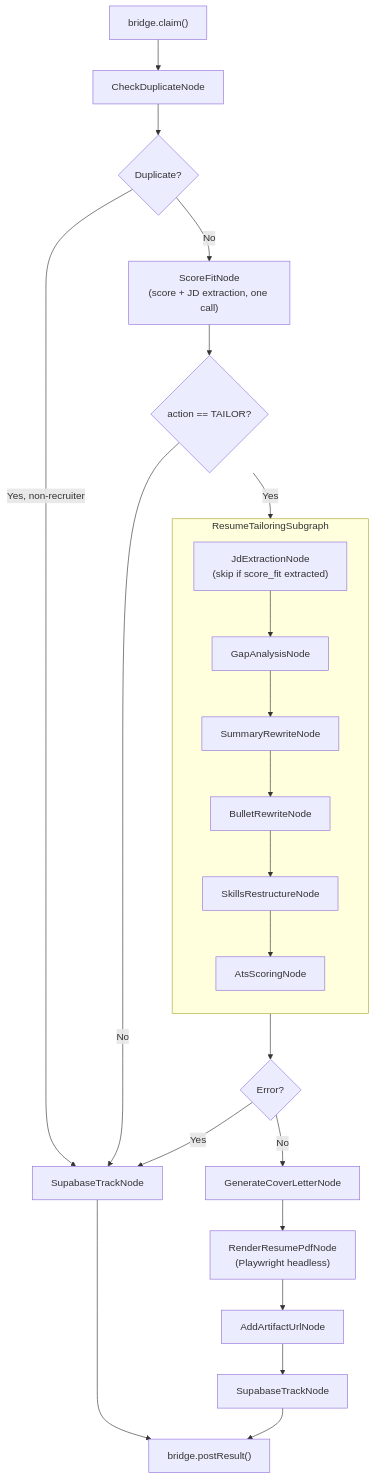
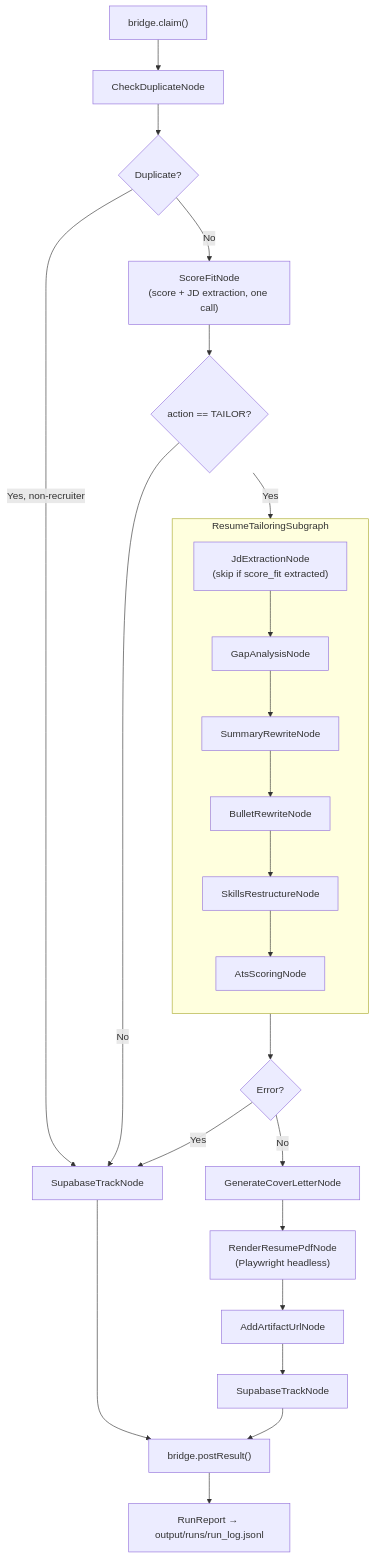
Before and after one commit to dkkyai/job-fit-apply-ai: the second of 2 diagrams in services/job-fit-apply-ai-pipeline/README.md, drawn with Mermaid. The commit also changed other lines of this file and 50 other files, not shown here.

````diff
--- a/services/job-fit-apply-ai-pipeline/README.md
+++ b/services/job-fit-apply-ai-pipeline/README.md
@@ -65,29 +70,30 @@
 ```mermaid
 flowchart TD
     Claim["bridge.claim()"] --> Dup["CheckDuplicateNode"]
     Dup --> DupQ{"Duplicate?"}
     DupQ -->|Yes, non-recruiter| Track1["SupabaseTrackNode"]
     DupQ -->|No| Score["ScoreFitNode\n(score + JD extraction, one call)"]
 
     Score --> ActionQ{"action == TAILOR?"}
     ActionQ -->|No| Track1
     ActionQ -->|Yes| Tailor
 
     subgraph Tailor ["ResumeTailoringSubgraph"]
         direction TB
         T1["JdExtractionNode\n(skip if score_fit extracted)"] --> T2["GapAnalysisNode"]
         T2 --> T3["SummaryRewriteNode"]
         T3 --> T4["BulletRewriteNode"]
         T4 --> T5["SkillsRestructureNode"]
         T5 --> T6["AtsScoringNode"]
     end
 
     Tailor --> TailorErrQ{"Error?"}
     TailorErrQ -->|Yes| Track1
     TailorErrQ -->|No| Cover["GenerateCoverLetterNode"]
     Cover --> Pdf["RenderResumePdfNode\n(Playwright headless)"]
     Pdf --> Artifact["AddArtifactUrlNode"]
     Artifact --> Track2["SupabaseTrackNode"]
     Track1 --> Post["bridge.postResult()"]
     Track2 --> Post
+    Post --> Rec["RunReport → output/runs/run_log.jsonl"]
 ```
````
